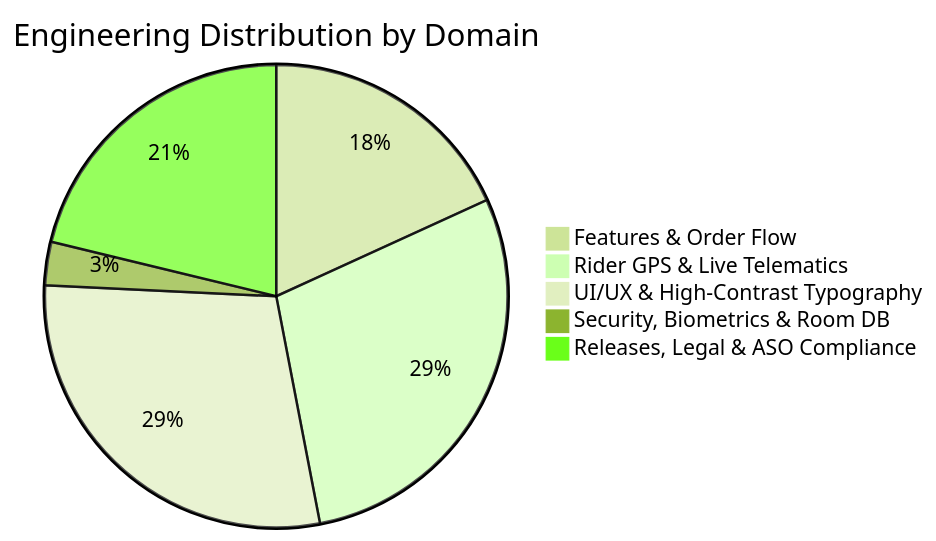
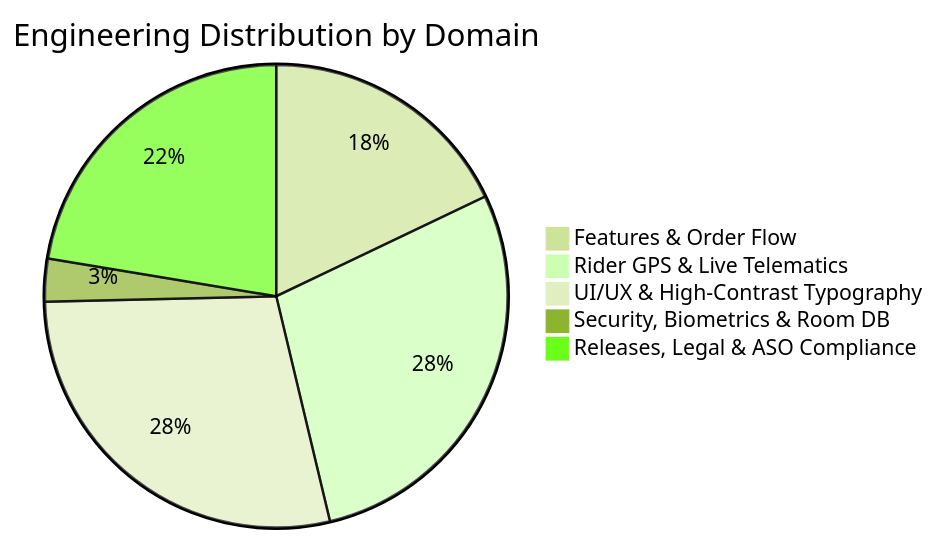
The second of 2 diagrams in README.md (daniyal44/Zyphuel-App), drawn with Mermaid (forest theme) before and after one commit. The commit also changed other lines of this file, not shown here.

````diff
--- a/README.md
+++ b/README.md
@@ -60,8 +60,8 @@
 ```mermaid
 pie title Engineering Distribution by Domain
     "Features & Order Flow" : 12
     "Rider GPS & Live Telematics" : 19
     "UI/UX & High-Contrast Typography" : 19
     "Security, Biometrics & Room DB" : 2
-    "Releases, Legal & ASO Compliance" : 14
+    "Releases, Legal & ASO Compliance" : 15
 ```
````
